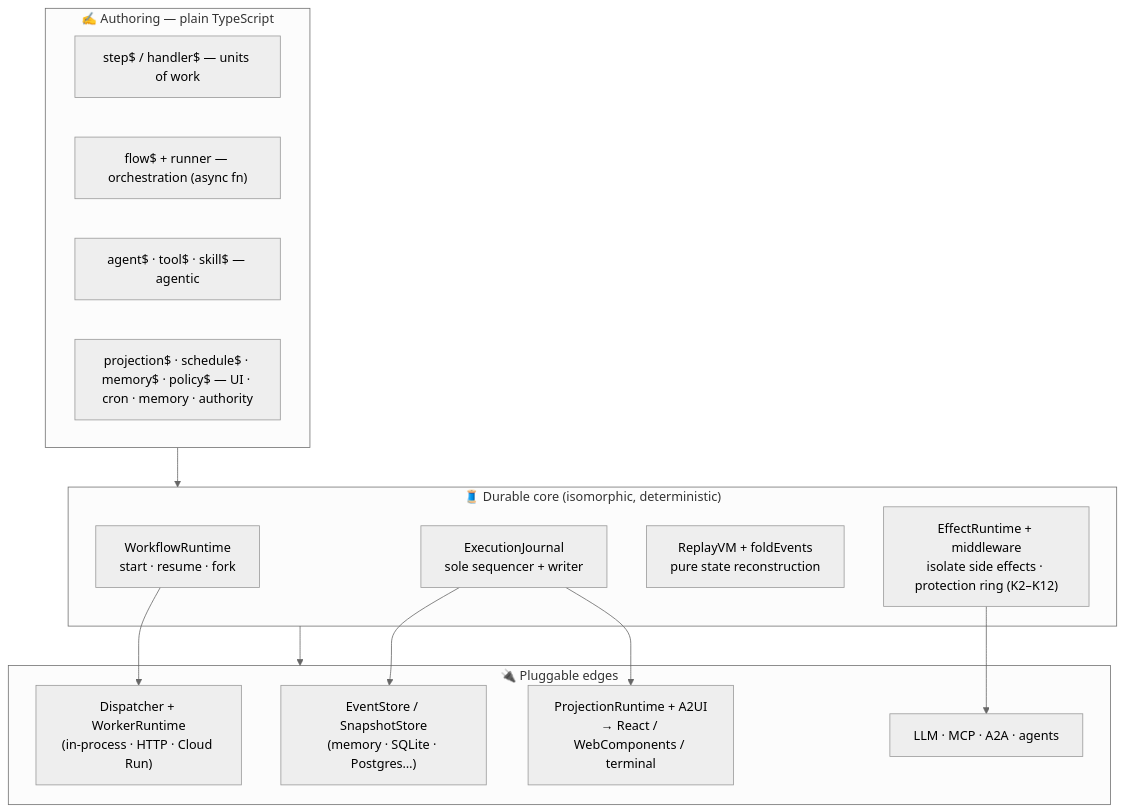
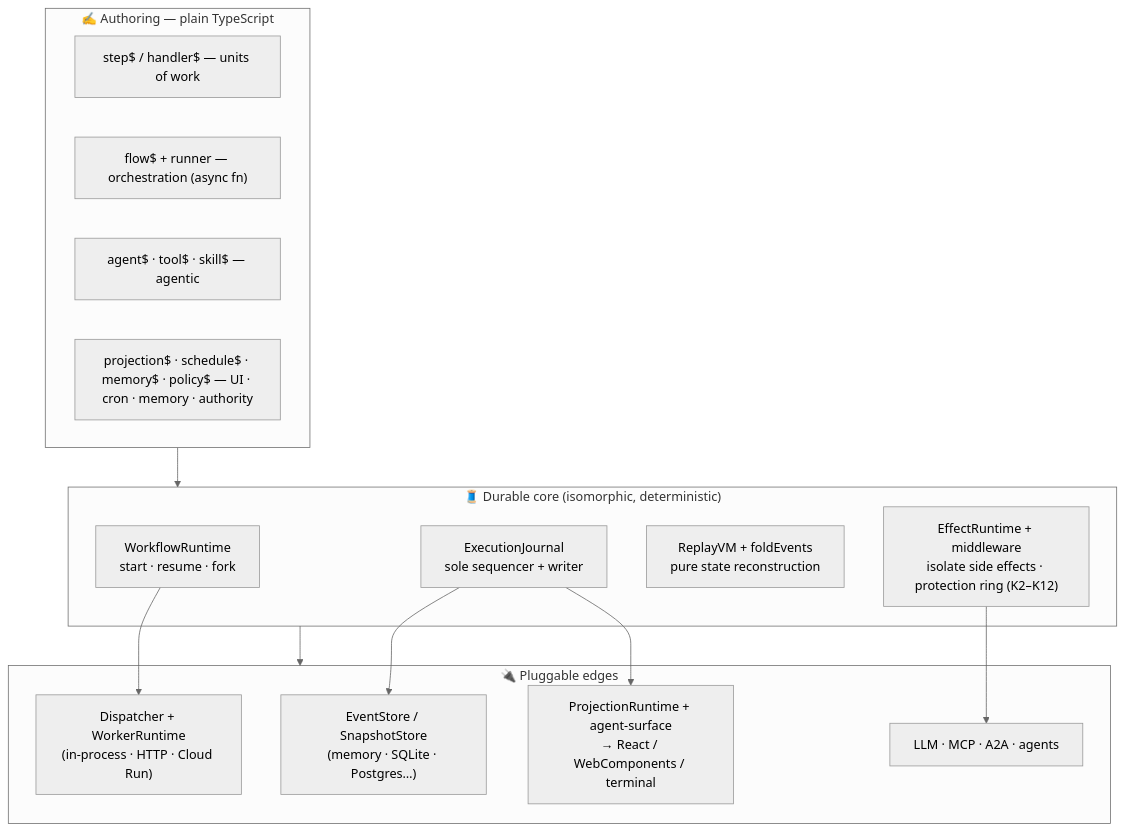
The second of 13 diagrams in docs/architecture.md (chhetrisushil/loom), drawn with Mermaid (neutral theme) before and after one commit. The commit also changed other lines of this file and 9 other files, not shown here.

First line of the commit message:
docs: clarify agent-surface vs A2UI + document the @loom/plugin-a2ui adapter

````diff
--- a/docs/architecture.md
+++ b/docs/architecture.md
@@ -115,30 +115,30 @@
 ```mermaid
 flowchart TB
   subgraph Authoring["✍️  Authoring — plain TypeScript"]
     A1["step$ / handler$ — units of work"]
     A2["flow$ + runner — orchestration (async fn)"]
     A3["agent$ · tool$ · skill$ — agentic"]
     A4["projection$ · schedule$ · memory$ · policy$ — UI · cron · memory · authority"]
   end
 
   subgraph Core["🧵  Durable core (isomorphic, deterministic)"]
     C1["WorkflowRuntime<br/>start · resume · fork"]
     C2["ExecutionJournal<br/>sole sequencer + writer"]
     C3["ReplayVM + foldEvents<br/>pure state reconstruction"]
     C4["EffectRuntime + middleware<br/>isolate side effects · protection ring (K2–K12)"]
   end
 
   subgraph Edges["🔌  Pluggable edges"]
     E1["EventStore / SnapshotStore<br/>(memory · SQLite · Postgres…)"]
-    E2["ProjectionRuntime + A2UI<br/>→ React / WebComponents / terminal"]
+    E2["ProjectionRuntime + agent-surface<br/>→ React / WebComponents / terminal"]
     E3["Dispatcher + WorkerRuntime<br/>(in-process · HTTP · Cloud Run)"]
     E4["LLM · MCP · A2A · agents"]
   end
 
   Authoring --> Core
   Core --> Edges
   C2 --> E1
   C2 --> E2
   C1 --> E3
   C4 --> E4
 ```
````
